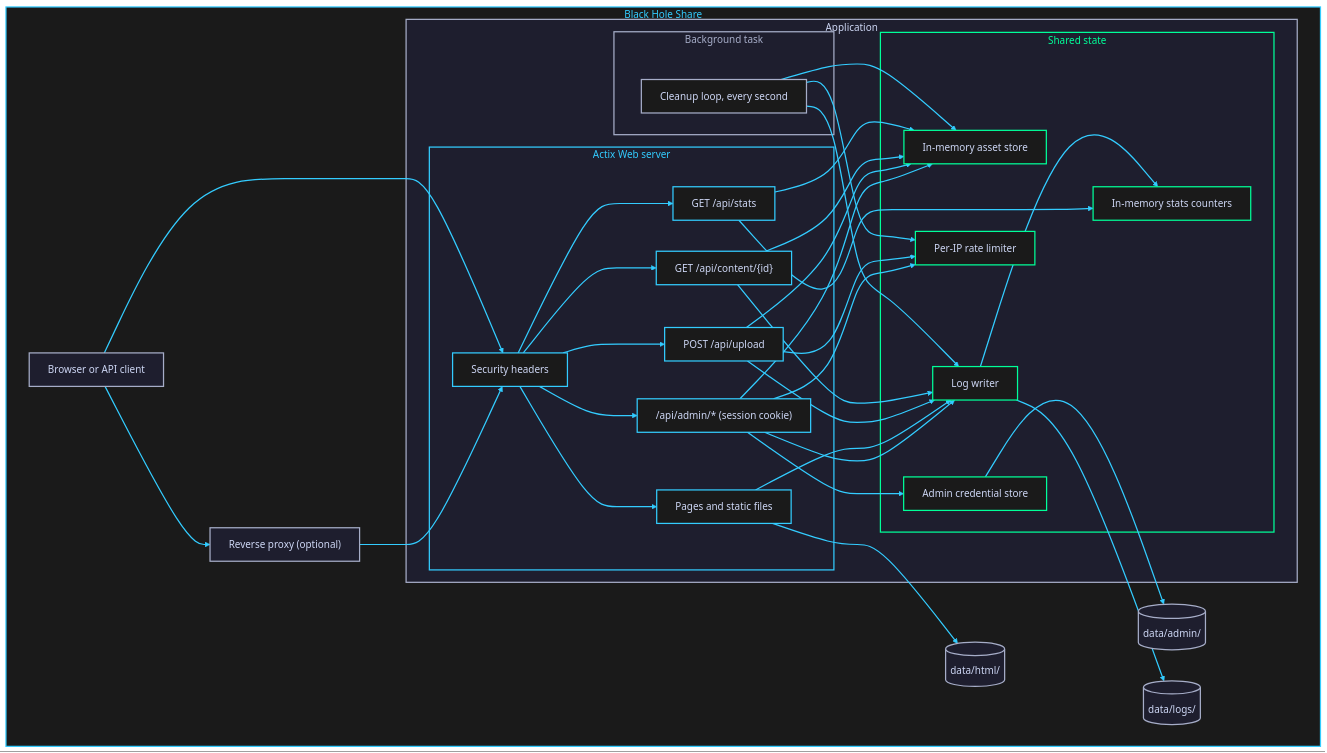
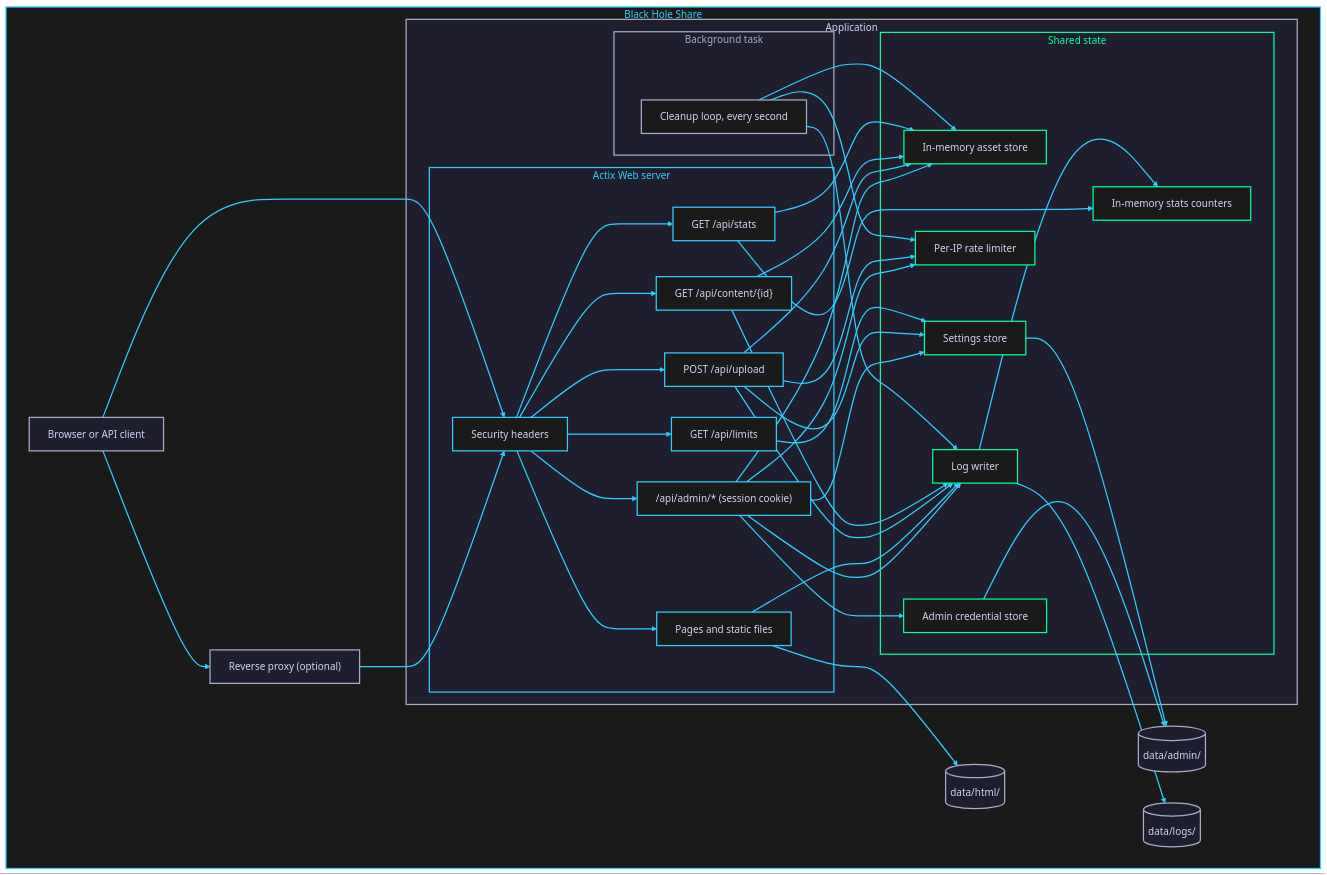
Before and after one commit to icsboyx/black_hole_share: the diagram in docs/block-diagram.md, drawn with Mermaid. The commit also changed other lines of this file and 13 other files, not shown here.

First line of the commit message:
Add admin-editable settings stored in data/admin/settings.json

```diff
--- a/docs/block-diagram.md
+++ b/docs/block-diagram.md
@@ -17,6 +17,7 @@
                 Upload["POST /api/upload"]
                 Content["GET /api/content/{id}"]
                 Stats["GET /api/stats"]
+                Limits["GET /api/limits"]
                 Admin["/api/admin/* (session cookie)"]
             end
 
@@ -30,6 +31,7 @@
                 Logger["Log writer"]
                 Counters["In-memory stats counters"]
                 Creds["Admin credential store"]
+                Settings["Settings store"]
             end
         end
     end
@@ -42,6 +44,7 @@
     Headers --> Upload
     Headers --> Content
     Headers --> Stats
+    Headers --> Limits
     Headers --> Admin
 
     Admin --> Creds
@@ -49,10 +52,13 @@
     Admin --> Limit
     Admin --> Logger
     Creds --> AdminFiles
+    Admin --> Settings
+    Settings --> AdminFiles
 
     Pages --> HtmlFiles
     Pages --> Logger
 
+    Upload --> Settings
     Upload --> Limit
     Upload --> Store
     Upload --> Logger
@@ -62,6 +68,8 @@
 
     Stats --> Store
     Stats --> Counters
+
+    Limits --> Settings
 
     Cleanup --> Store
     Cleanup --> Limit
@@ -76,9 +84,9 @@
     classDef state fill:#1a1a1a,stroke:#00ff99,stroke-width:2px,color:#cdd6f4
 
     class Client,Proxy,HtmlFiles,LogFiles,AdminFiles external
-    class Headers,Pages,Upload,Content,Stats,Admin web
+    class Headers,Pages,Upload,Content,Stats,Limits,Admin web
     class Cleanup task
-    class Store,Limit,Logger,Counters,Creds state
+    class Store,Limit,Logger,Counters,Creds,Settings state
 
     style Overview fill:#1a1a1a,stroke:#33ccff,stroke-width:2px,color:#33ccff
     style Process fill:#1e1e2e,stroke:#a6adc8,stroke-width:2px,color:#cdd6f4
```
